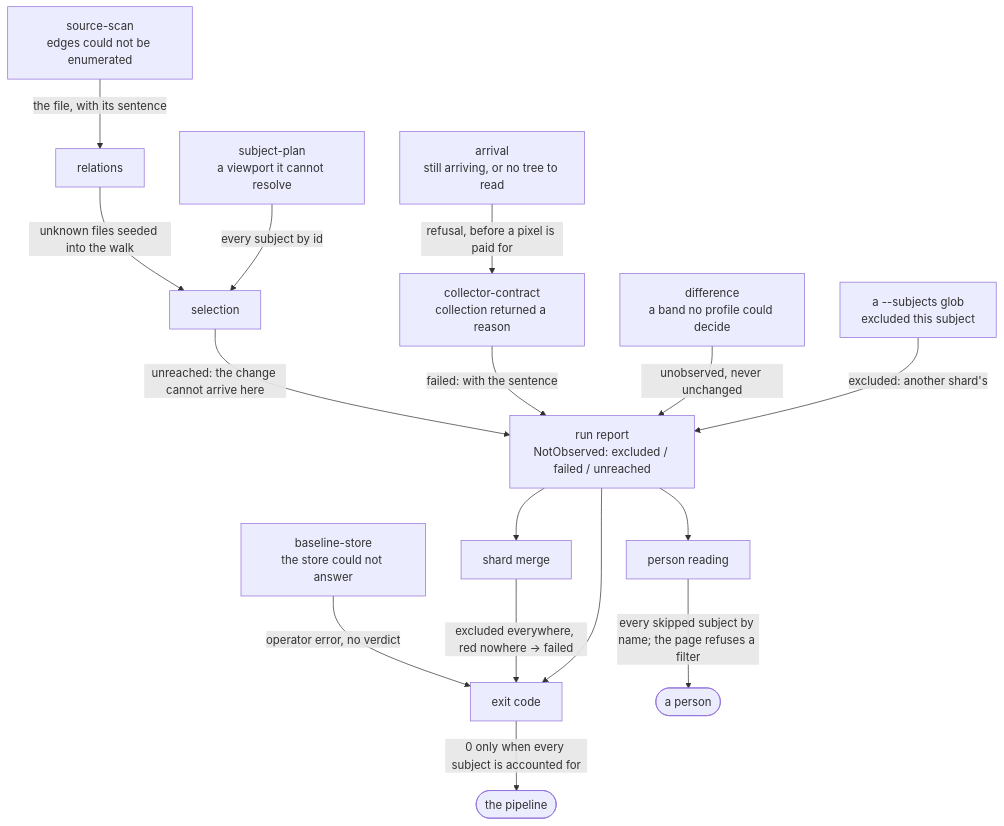
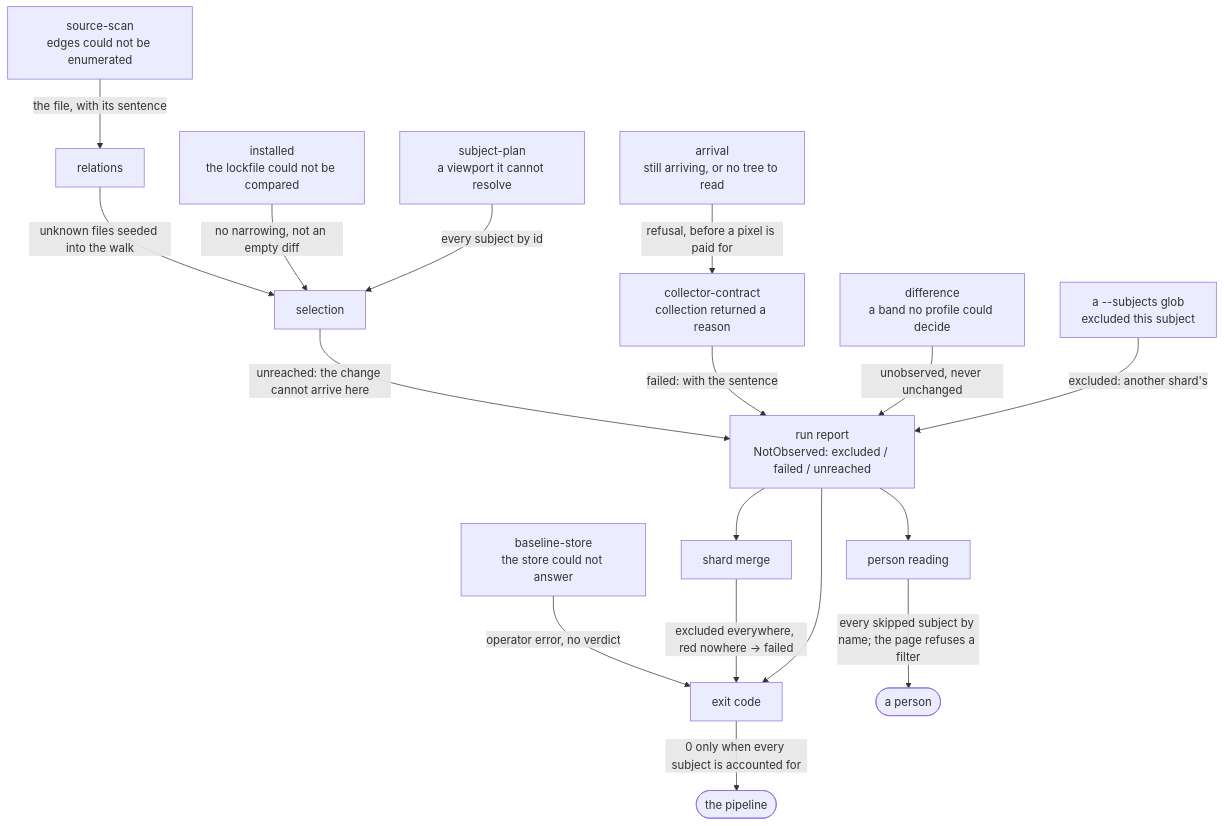
Before and after one commit to Variance-Authority/variance-authority: the third of 4 diagrams in .compass/variance-authority/VIEWPORTS.md, drawn with Mermaid. The commit also changed other lines of this file and 44 other files, not shown here.

````diff
--- a/.compass/variance-authority/VIEWPORTS.md
+++ b/.compass/variance-authority/VIEWPORTS.md
@@ -508,22 +511,23 @@
 ```mermaid
 flowchart TB
   SCAN[source-scan<br/>edges could not be enumerated] -->|the file, with its sentence| REL[relations]
   REL -->|unknown files seeded into the walk| SEL[selection]
+  INS[installed<br/>the lockfile could not be compared] -->|no narrowing, not an empty diff| SEL
   PLAN[subject-plan<br/>a viewport it cannot resolve] -->|every subject by id| SEL
   SEL -->|"unreached: the change cannot arrive here"| RR
 
   COLL[collector-contract<br/>collection returned a reason] -->|"failed: with the sentence"| RR
   ARR[arrival<br/>still arriving, or no tree to read] -->|refusal, before a pixel is paid for| COLL
   STORE[baseline-store<br/>the store could not answer] -->|operator error, no verdict| EXIT
   DIFF[difference<br/>a band no profile could decide] -->|"unobserved, never unchanged"| RR
   SHARD[a --subjects glob<br/>excluded this subject] -->|"excluded: another shard's"| RR
 
   RR[run report<br/>NotObserved: excluded / failed / unreached]
   RR --> SM[shard merge]
   SM -->|excluded everywhere, red nowhere -> failed| EXIT
   RR --> EXIT[exit code]
   RR --> PR[person reading]
 
   EXIT -->|0 only when every subject is accounted for| CI([the pipeline])
   PR -->|every skipped subject by name; the page refuses a filter| PERSON([a person])
 ```
````
